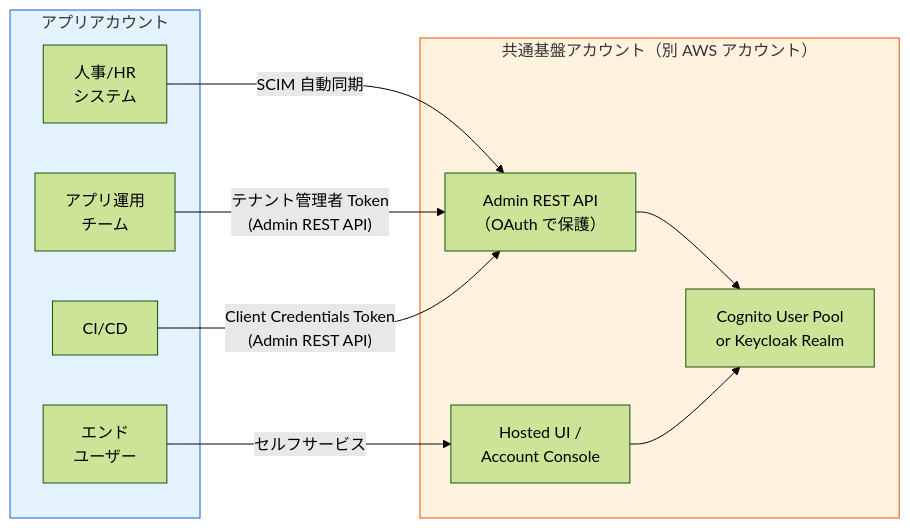
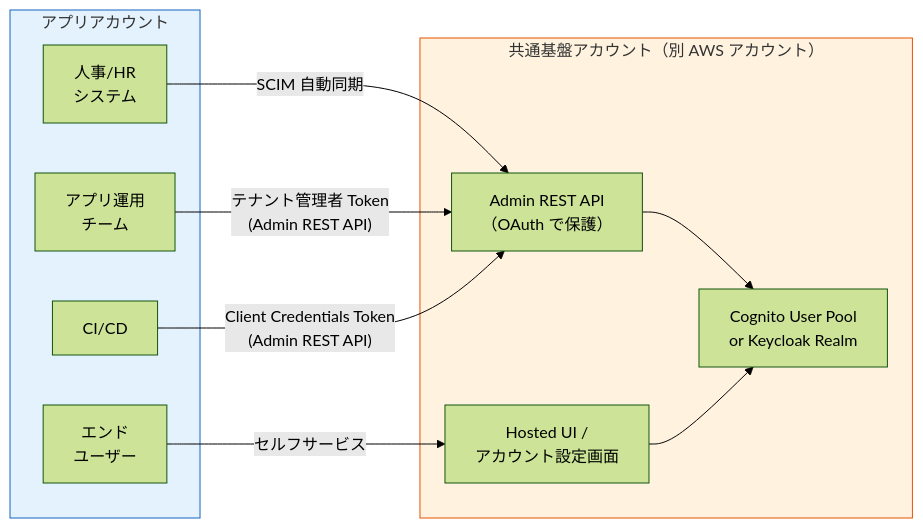
One commit to suepie/aws-atuh-poc changed the fifth of 5 diagrams in doc/requirements/proposal/fr/01-auth.md. Above: the diagram before and after it, drawn with Mermaid (forest theme). The commit also changed other lines of this file and 53 other files, not shown here.

````diff
--- a/doc/requirements/proposal/fr/01-auth.md
+++ b/doc/requirements/proposal/fr/01-auth.md
@@ -543,25 +541,25 @@
 ```mermaid
 flowchart LR
     subgraph App["アプリアカウント"]
         Dev["アプリ運用<br/>チーム"]
         HR["人事/HR<br/>システム"]
         User["エンド<br/>ユーザー"]
         CI["CI/CD"]
     end
 
     subgraph Auth["共通基盤アカウント（別 AWS アカウント）"]
         IDP["Cognito User Pool<br/>or Keycloak Realm"]
         AdminAPI["Admin REST API<br/>（OAuth で保護）"]
-        SelfUI["Hosted UI /<br/>Account Console"]
+        SelfUI["Hosted UI /<br/>アカウント設定画面"]
     end
 
     HR -->|SCIM 自動同期| AdminAPI
     Dev -->|"テナント管理者 Token<br/>(Admin REST API)"| AdminAPI
     CI -->|"Client Credentials Token<br/>(Admin REST API)"| AdminAPI
     User -->|セルフサービス| SelfUI
     AdminAPI --> IDP
     SelfUI --> IDP
 
     style Auth fill:#fff3e0,stroke:#e65100
     style App fill:#e3f2fd,stroke:#1565c0
 ```
````
